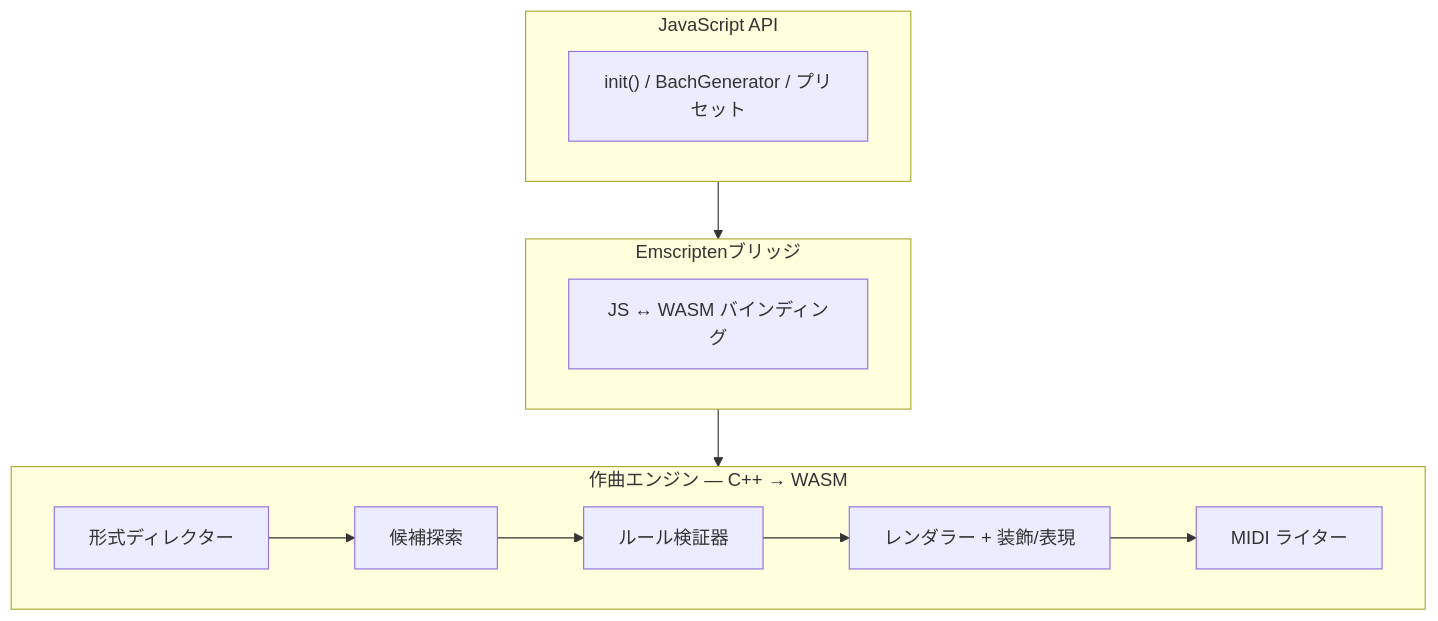
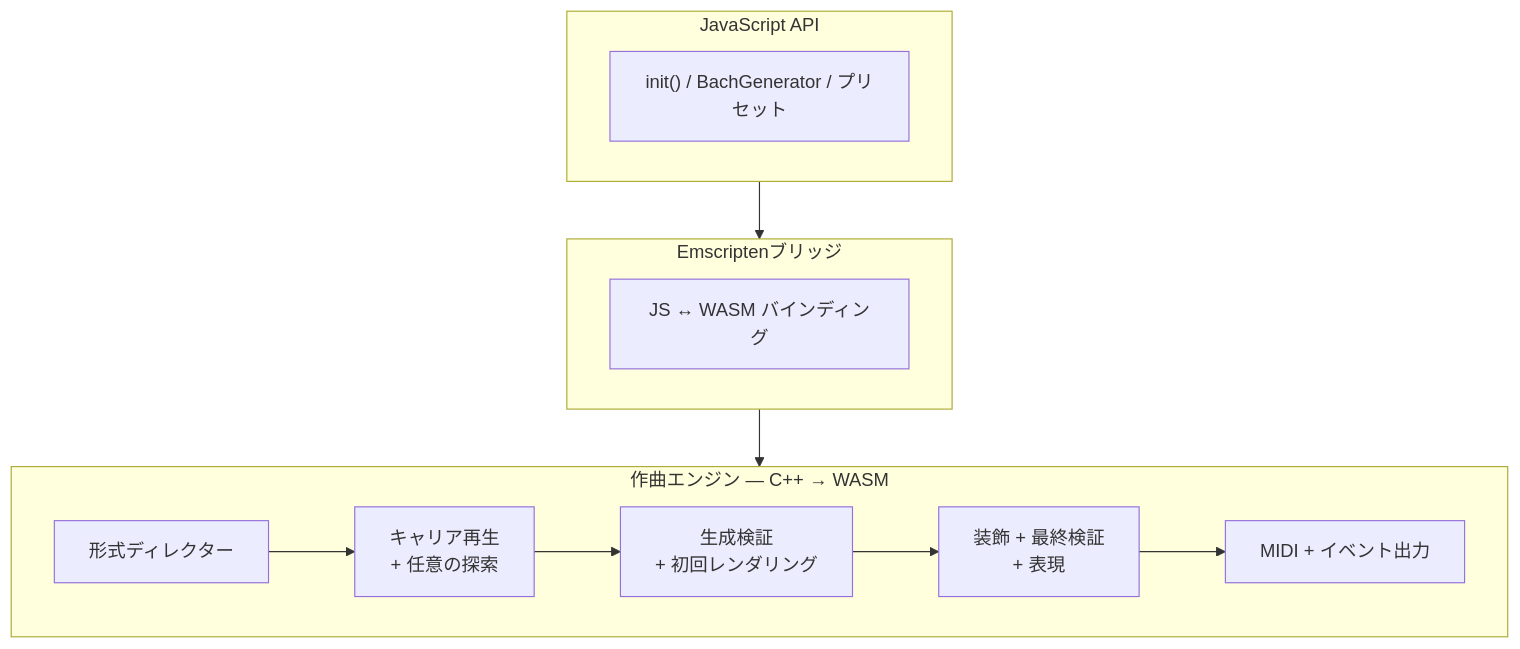
One commit to libraz/midi-sketch-bach-homepage changed the diagram in src/ja/docs/architecture.md. Above: the diagram before and after it, drawn with Mermaid. The commit also changed other lines of this file and 43 other files, not shown here.

````diff
--- a/src/ja/docs/architecture.md
+++ b/src/ja/docs/architecture.md
@@ -20,18 +20,18 @@
 ```mermaid
 graph TD
     subgraph JS["JavaScript API"]
         A["init() / BachGenerator / プリセット"]
     end
     subgraph EM["Emscriptenブリッジ"]
         B["JS ↔ WASM バインディング"]
     end
     subgraph CORE["作曲エンジン — C++ → WASM"]
         C["形式ディレクター"]
-        D["候補探索"]
-        E["ルール検証器"]
-        F["レンダラー + 装飾/表現"]
-        G["MIDI ライター"]
+        D["キャリア再生<br>+ 任意の探索"]
+        E["生成検証<br>+ 初回レンダリング"]
+        F["装飾 + 最終検証<br>+ 表現"]
+        G["MIDI + イベント出力"]
         C --> D --> E --> F --> G
     end
     JS --> EM --> CORE
 ```
````
